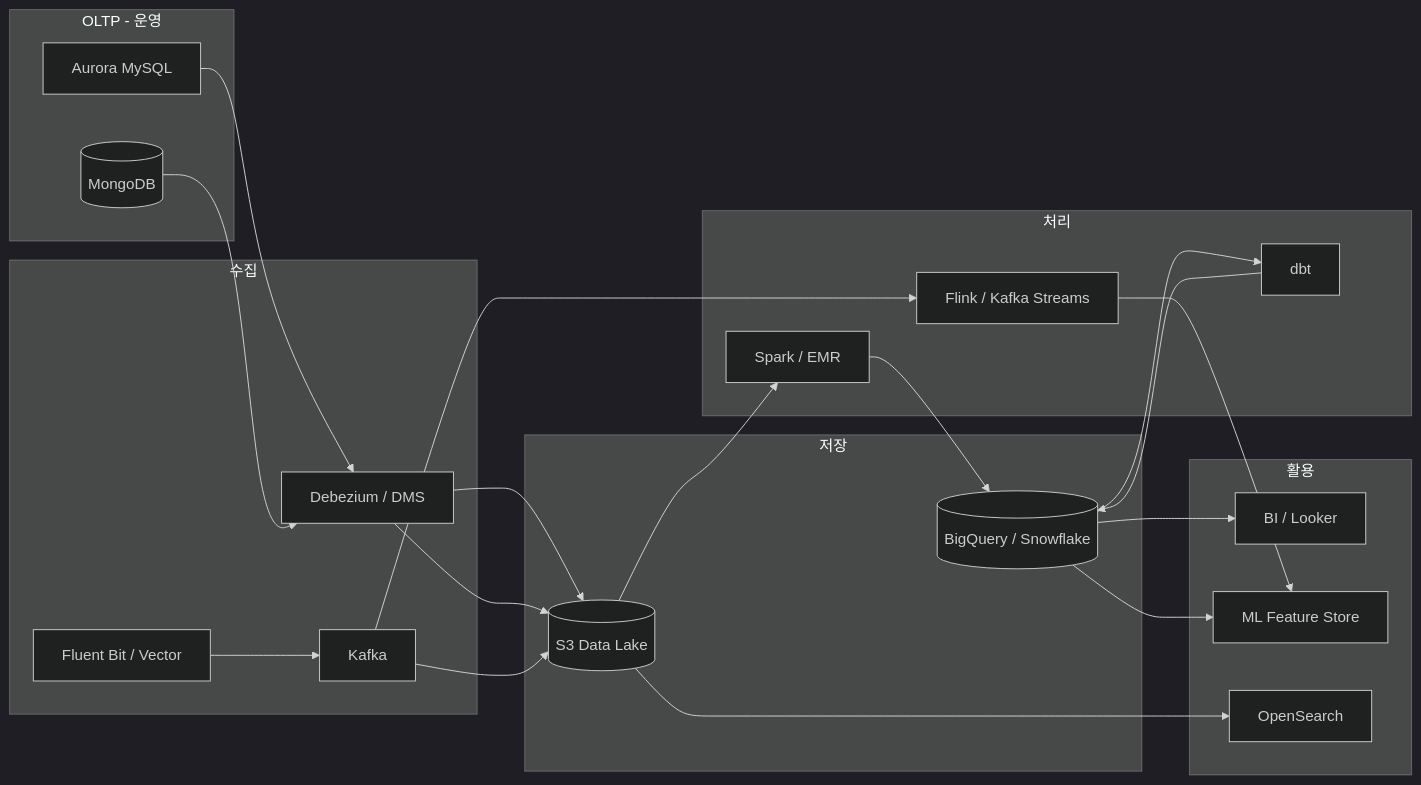
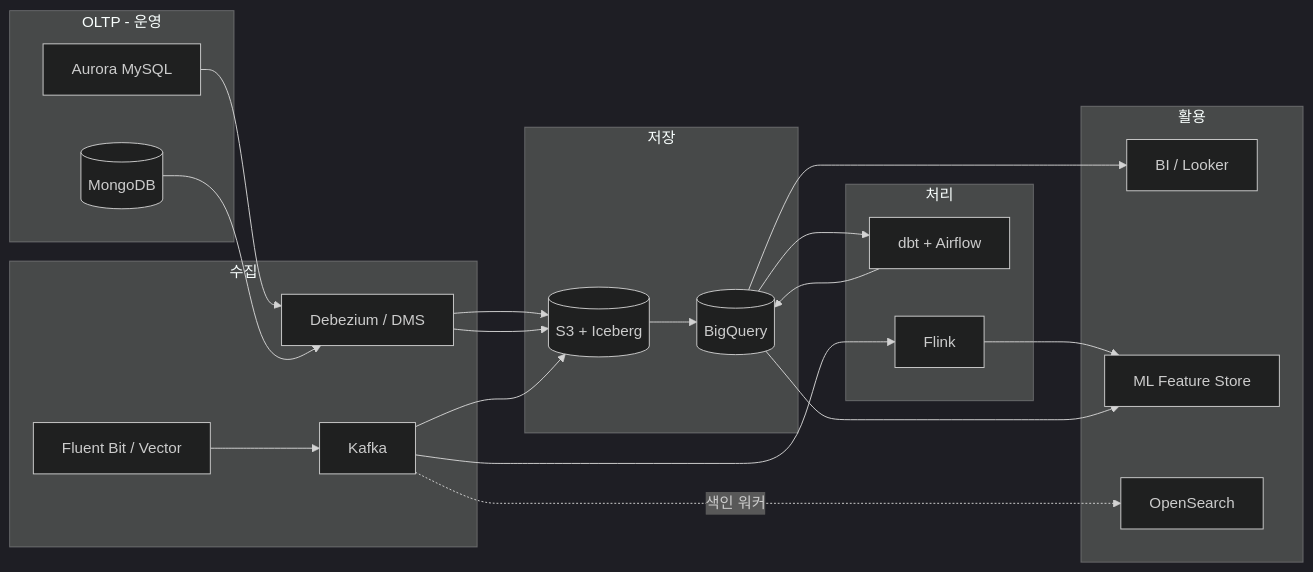
The first of 4 diagrams in manuscript/05-데이터와-AI/README.md (ximhear/architect-book), drawn with Mermaid (dark theme) before and after one commit. The commit also changed other lines of this file and 9 other files, not shown here.

````diff
--- a/manuscript/05-데이터와-AI/README.md
+++ b/manuscript/05-데이터와-AI/README.md
@@ -32,36 +32,35 @@
 ```mermaid
 graph LR
     subgraph OLTP [OLTP - 운영]
         DB[Aurora MySQL]
         Mongo[(MongoDB)]
     end
     subgraph 수집
         CDC[Debezium / DMS]
         Logs[Fluent Bit / Vector]
         Events[Kafka]
     end
     subgraph 저장
-        S3[(S3 Data Lake)]
-        DW[(BigQuery / Snowflake)]
+        S3[(S3 + Iceberg)]
+        DW[(BigQuery)]
     end
     subgraph 처리
-        Spark[Spark / EMR]
-        DBT[dbt]
-        Stream[Flink / Kafka Streams]
+        DBT[dbt + Airflow]
+        Stream[Flink]
     end
     subgraph 활용
         BI[BI / Looker]
         ML[ML Feature Store]
         OS[OpenSearch]
     end
 
     DB --> CDC --> S3
     Mongo --> CDC --> S3
     Logs --> Events --> S3
     Events --> Stream --> ML
-    S3 --> Spark --> DW
+    S3 --> DW
     DW --> DBT --> DW
     DW --> BI
     DW --> ML
-    S3 --> OS
+    Events -.색인 워커.-> OS
 ```
````
